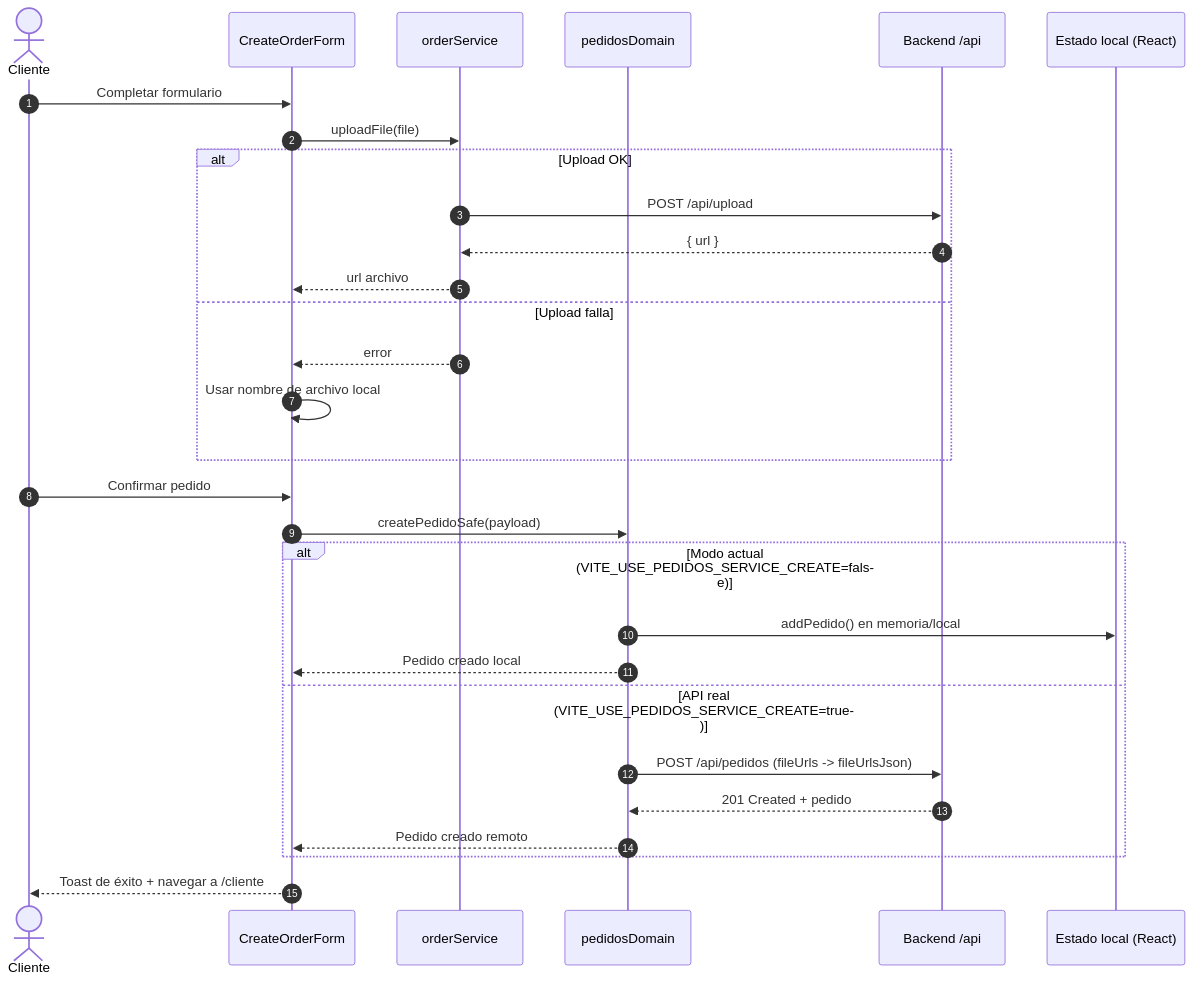
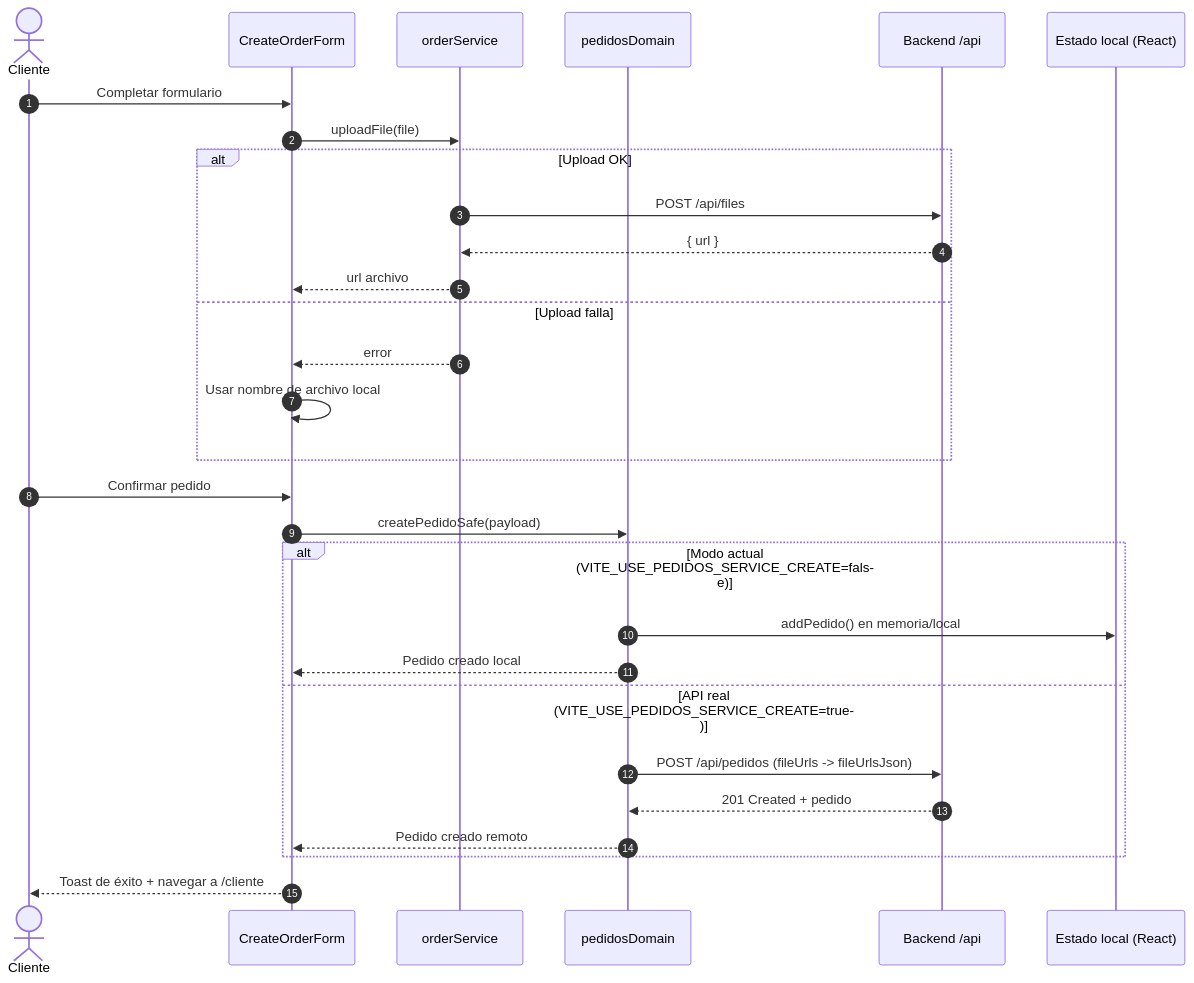
The second of 2 diagrams in docs/DIAGRAMAS/RealPrint_Diagramas_Secuencia.md (IgorDAM/PROYECTO_REALPRINT), drawn with Mermaid before and after one commit. The commit also changed 33 other files, not shown here.

````diff
--- a/docs/DIAGRAMAS/RealPrint_Diagramas_Secuencia.md
+++ b/docs/DIAGRAMAS/RealPrint_Diagramas_Secuencia.md
@@ -36,36 +36,36 @@
 ```mermaid
 sequenceDiagram
     autonumber
     actor C as Cliente
     participant F as CreateOrderForm
     participant O as orderService
     participant D as pedidosDomain
     participant API as Backend /api
     participant MEM as Estado local (React)
 
     C->>F: Completar formulario
     F->>O: uploadFile(file)
 
     alt Upload OK
-        O->>API: POST /api/upload
+        O->>API: POST /api/files
         API-->>O: { url }
         O-->>F: url archivo
     else Upload falla
         O-->>F: error
         F->>F: Usar nombre de archivo local
     end
 
     C->>F: Confirmar pedido
     F->>D: createPedidoSafe(payload)
 
     alt Modo actual (VITE_USE_PEDIDOS_SERVICE_CREATE=false)
         D->>MEM: addPedido() en memoria/local
         D-->>F: Pedido creado local
     else API real (VITE_USE_PEDIDOS_SERVICE_CREATE=true)
         D->>API: POST /api/pedidos (fileUrls -> fileUrlsJson)
         API-->>D: 201 Created + pedido
         D-->>F: Pedido creado remoto
     end
 
     F-->>C: Toast de éxito + navegar a /cliente
 ```
````
